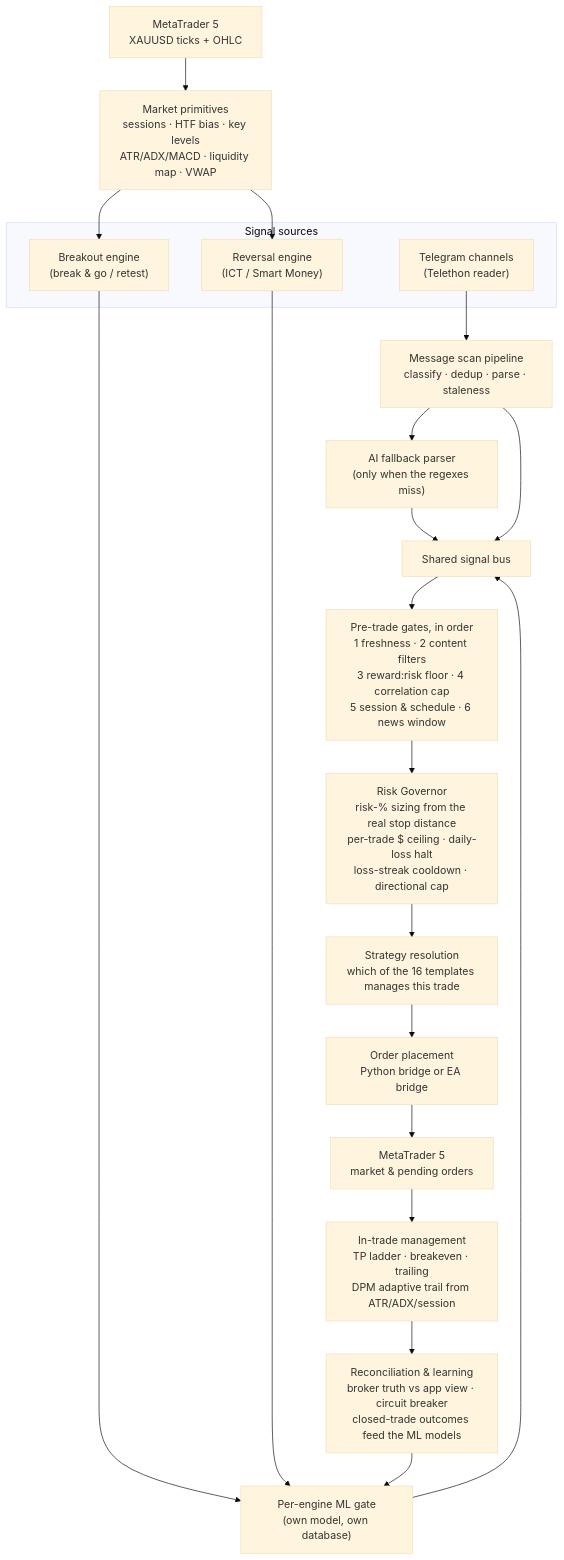
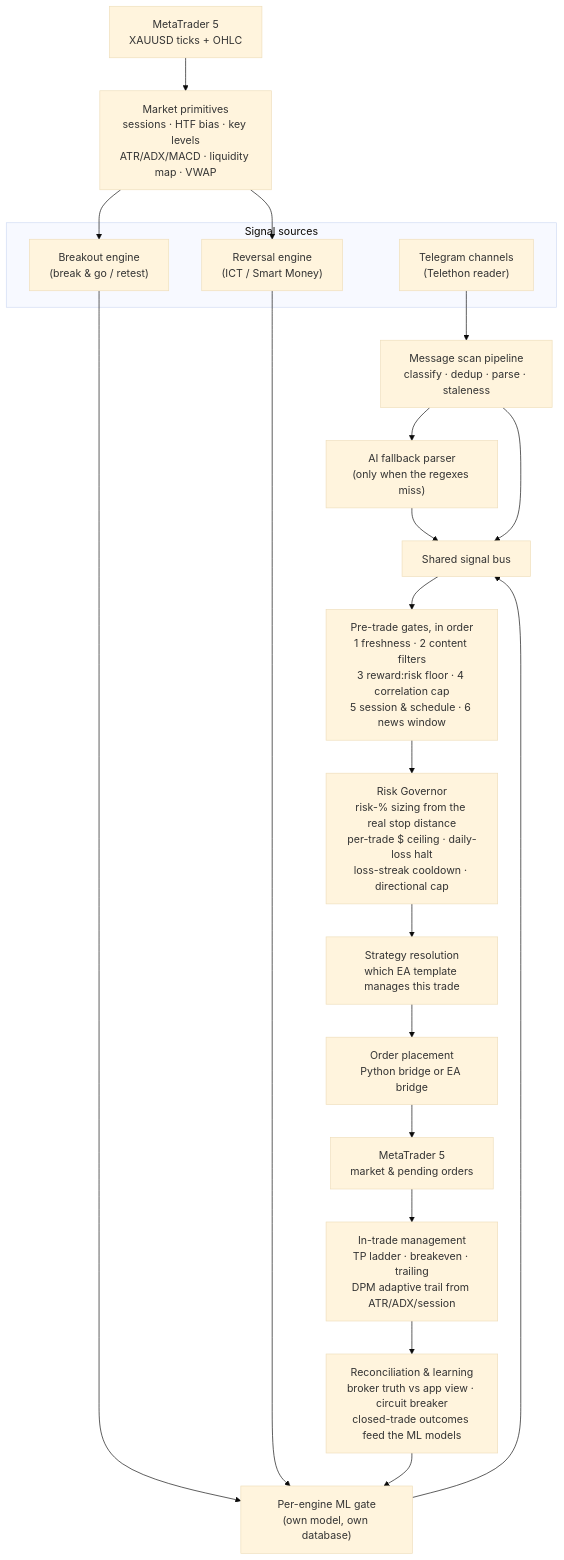
Before and after one commit to MooreSi/forex-gold: the diagram in README.md, drawn with Mermaid (base theme). The commit also changed other lines of this file, not shown here.

````diff
--- a/README.md
+++ b/README.md
@@ -97,33 +97,33 @@
 ```mermaid
 flowchart TD
     subgraph sources["Signal sources"]
         TG["Telegram channels<br/>(Telethon reader)"]
         BO["Breakout engine<br/>(break &amp; go / retest)"]
         RE["Reversal engine<br/>(ICT / Smart Money)"]
     end
 
     MT5IN["MetaTrader 5<br/>XAUUSD ticks + OHLC"]
 
     TG --> PARSE["Message scan pipeline<br/>classify · dedup · parse · staleness"]
     PARSE --> AIFB["AI fallback parser<br/>(only when the regexes miss)"]
     AIFB --> BUS
     PARSE --> BUS
 
     MT5IN --> PRIM["Market primitives<br/>sessions · HTF bias · key levels<br/>ATR/ADX/MACD · liquidity map · VWAP"]
     PRIM --> BO
     PRIM --> RE
     BO --> ML1["Per-engine ML gate<br/>(own model, own database)"]
     RE --> ML1
     ML1 --> BUS["Shared signal bus"]
 
     BUS --> GATES["Pre-trade gates, in order<br/>1 freshness · 2 content filters<br/>3 reward:risk floor · 4 correlation cap<br/>5 session &amp; schedule · 6 news window"]
     GATES --> GOV["Risk Governor<br/>risk-% sizing from the real stop distance<br/>per-trade $ ceiling · daily-loss halt<br/>loss-streak cooldown · directional cap"]
-    GOV --> STRAT["Strategy resolution<br/>which of the 16 templates manages this trade"]
+    GOV --> STRAT["Strategy resolution<br/>which EA template manages this trade"]
 
     STRAT --> EXEC["Order placement<br/>Python bridge or EA bridge"]
     EXEC --> MT5OUT["MetaTrader 5<br/>market &amp; pending orders"]
 
     MT5OUT --> MANAGE["In-trade management<br/>TP ladder · breakeven · trailing<br/>DPM adaptive trail from ATR/ADX/session"]
     MANAGE --> RECON["Reconciliation &amp; learning<br/>broker truth vs app view · circuit breaker<br/>closed-trade outcomes feed the ML models"]
     RECON --> ML1
 ```
````
